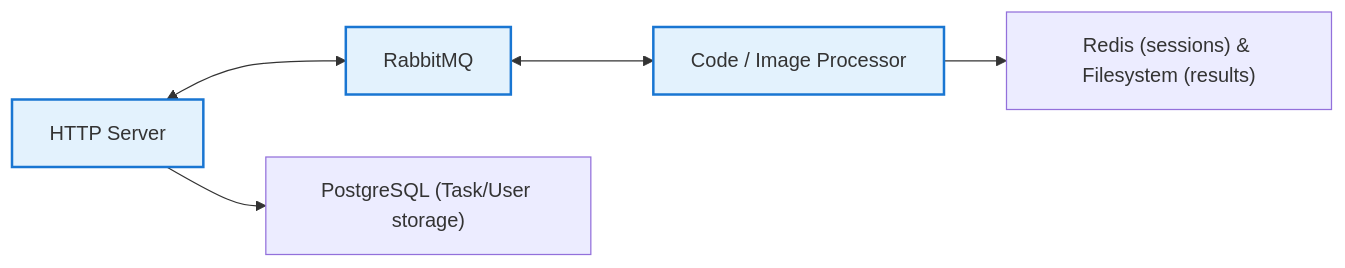
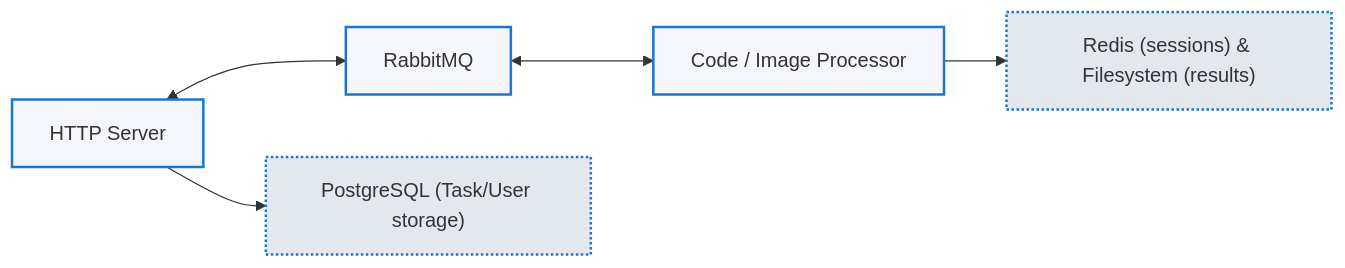
The first of 3 diagrams in README.md (ffoky/Code-processor), drawn with Mermaid before and after one commit. The commit also changed other lines of this file, not shown here.

````diff
--- a/README.md
+++ b/README.md
@@ -28,19 +28,21 @@
 ```mermaid
 flowchart LR
   %% Core components
   HTTPServer["HTTP Server"] 
   RabbitMQ["RabbitMQ"] 
   Processor["Code / Image Processor"]
 
   %% Horizontal connections
   HTTPServer <--> RabbitMQ
   RabbitMQ <--> Processor
 
   %% Vertical dependencies
   HTTPServer --> PostgreSQL["PostgreSQL (Task/User storage)"]
   Processor --> Storage["Redis (sessions) & Filesystem (results)"]
 
   %% Styling
-  classDef core fill:#e3f2fd,stroke:#1976d2,stroke-width:2px;
+  classDef core fill:#f4f6fb,stroke:#1976d2,stroke-width:2px;
+  classDef store fill:#e3e8ef,stroke:#1976d2,stroke-width:2px,stroke-dasharray: 2 2;
   class HTTPServer,RabbitMQ,Processor core;
+  class PostgreSQL,Storage store;
 ```
````
